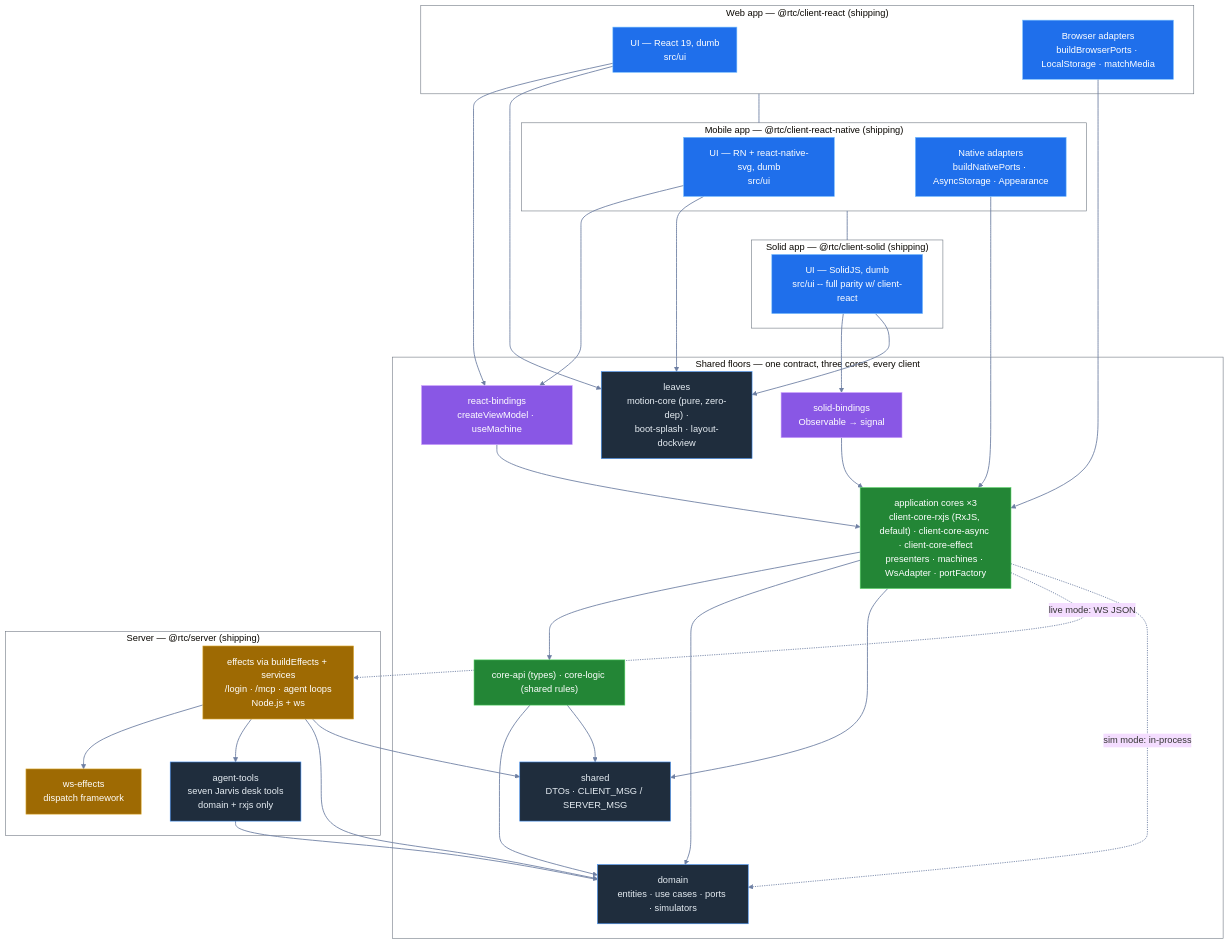
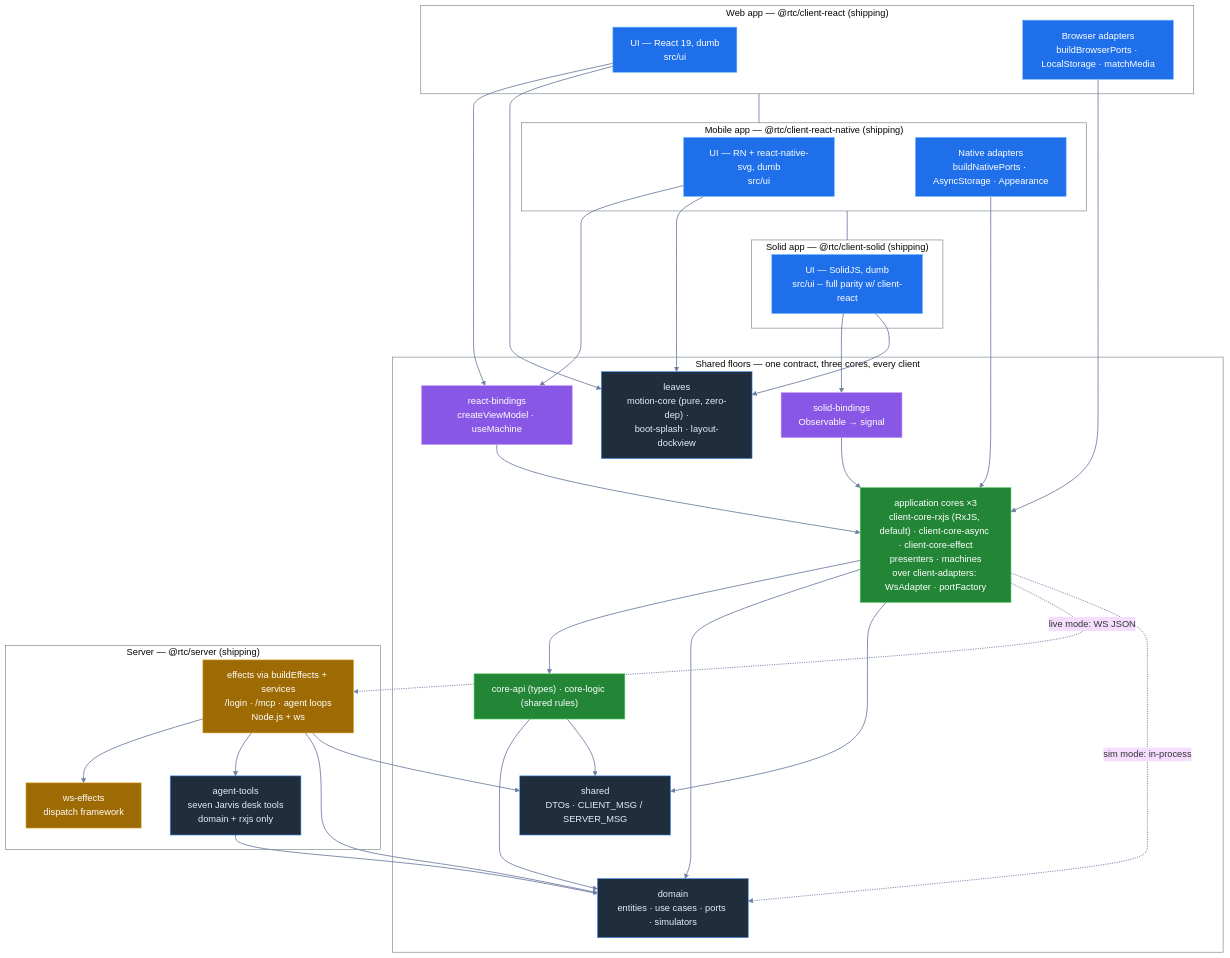
Before and after one commit to bettersoftware-io/ReactiveTraderCloudClone: the diagram in docs/architecture/13-codebase-map.md, drawn with Mermaid (base theme). The commit also changed other lines of this file and 57 other files, not shown here.

````diff
--- a/docs/architecture/13-codebase-map.md
+++ b/docs/architecture/13-codebase-map.md
@@ -11,71 +11,71 @@
 ```mermaid
 flowchart TB
     subgraph WebApp["Web app — @rtc/client-react (shipping)"]
         webUi["UI — React 19, dumb<br/>src/ui"]:::ui
         webAdapt["Browser adapters<br/>buildBrowserPorts · LocalStorage · matchMedia"]:::ui
     end
 
     subgraph MobileApp["Mobile app — @rtc/client-react-native (shipping)"]
         rnUi["UI — RN + react-native-svg, dumb<br/>src/ui"]:::ui
         rnAdapt["Native adapters<br/>buildNativePorts · AsyncStorage · Appearance"]:::ui
     end
 
     subgraph SolidApp["Solid app — @rtc/client-solid (shipping)"]
         solidUi["UI — SolidJS, dumb<br/>src/ui -- full parity w/ client-react"]:::ui
     end
 
     subgraph SharedFloors["Shared floors — one contract, three cores, every client"]
         rb["react-bindings<br/>createViewModel · useMachine"]:::bridge
         sb["solid-bindings<br/>Observable → signal"]:::bridge
-        core["application cores ×3<br/>client-core-rxjs (RxJS, default) · client-core-async · client-core-effect<br/>presenters · machines · WsAdapter · portFactory"]:::core
+        core["application cores ×3<br/>client-core-rxjs (RxJS, default) · client-core-async · client-core-effect<br/>presenters · machines<br/>over client-adapters: WsAdapter · portFactory"]:::core
         api["core-api (types) · core-logic (shared rules)"]:::core
         domain["domain<br/>entities · use cases · ports · simulators"]:::domain
         shared["shared<br/>DTOs · CLIENT_MSG / SERVER_MSG"]:::domain
         motion["leaves<br/>motion-core (pure, zero-dep) ·<br/>boot-splash · layout-dockview"]:::domain
     end
 
     subgraph Server["Server — @rtc/server (shipping)"]
         srv["effects via buildEffects + services<br/>/login · /mcp · agent loops<br/>Node.js + ws"]:::server
         wse["ws-effects<br/>dispatch framework"]:::server
         agt["agent-tools<br/>seven Jarvis desk tools<br/>domain + rxjs only"]:::domain
     end
 
     webUi --> rb
     webUi --> motion
     webAdapt --> core
     rnUi --> rb
     rnUi --> motion
     rnAdapt --> core
     solidUi --> sb
     solidUi --> motion
     rb --> core
     sb --> core
     core --> api
     core --> domain
     core --> shared
     api --> domain
     api --> shared
     core -. "live mode: WS JSON" .-> srv
     core -. "sim mode: in-process" .-> domain
     srv --> wse
     srv --> agt
     srv --> domain
     srv --> shared
     agt --> domain
 
     %% stack the three app buildings vertically (edge-less subgraphs would tile side by side)
     WebApp ~~~ MobileApp
     MobileApp ~~~ SolidApp
 
     classDef ui fill:#1f6feb,stroke:#79c0ff,color:#ffffff
     classDef bridge fill:#8957e5,stroke:#d2a8ff,color:#ffffff
     classDef core fill:#238636,stroke:#56d364,color:#ffffff
     classDef server fill:#9e6a03,stroke:#e3b341,color:#ffffff
     classDef domain fill:#1f2d3d,stroke:#4493f8,color:#e6edf3
     style WebApp fill:transparent,stroke:#6e7681
     style MobileApp fill:transparent,stroke:#6e7681
     style SolidApp fill:transparent,stroke:#6e7681
     style SharedFloors fill:transparent,stroke:#6e7681
     style Server fill:transparent,stroke:#6e7681
     linkStyle default stroke:#6e7fa3,stroke-width:1.5px
 ```
````
